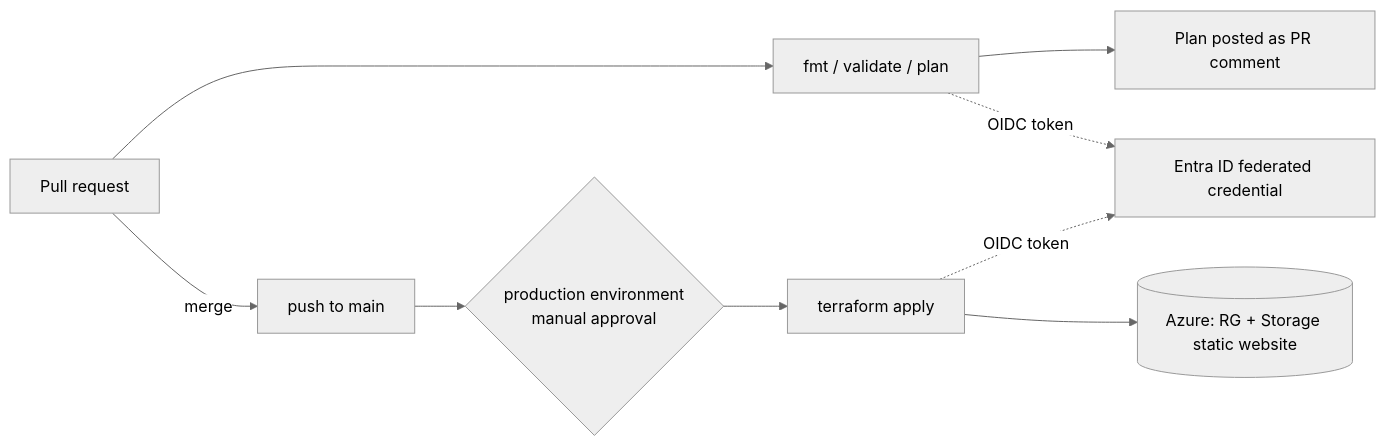
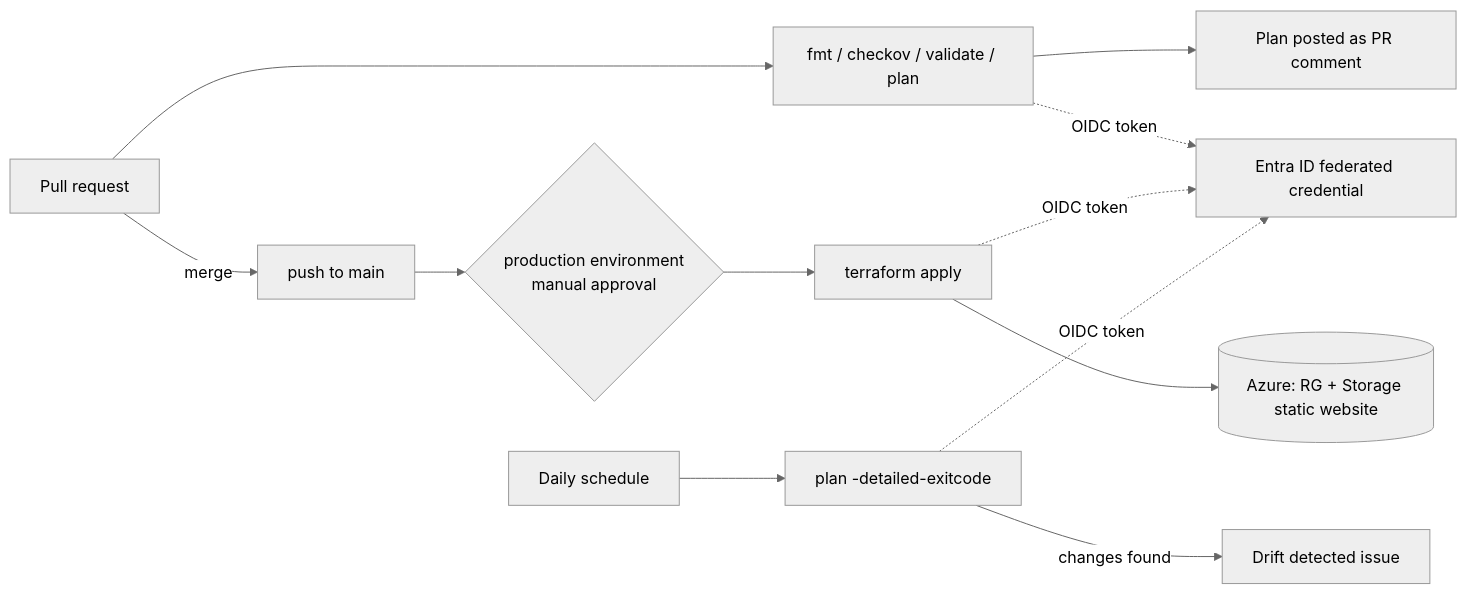
One commit to Disassemblern/terraform-azure-gha changed the diagram in README.md. Above: the diagram before and after it, drawn with Mermaid (neutral theme). The commit also changed other lines of this file, not shown here.

Commit message:
docs: live link, checkov and drift in readme

````diff
--- a/README.md
+++ b/README.md
@@ -9,11 +11,14 @@
 ```mermaid
 flowchart LR
-  PR[Pull request] --> Plan[fmt / validate / plan]
+  PR[Pull request] --> Plan[fmt / checkov / validate / plan]
   Plan --> Comment[Plan posted as PR comment]
   PR -->|merge| Main[push to main]
   Main --> Gate{production environment<br/>manual approval}
   Gate --> Apply[terraform apply]
   Apply --> Azure[(Azure: RG + Storage static website)]
+  Cron[Daily schedule] --> Drift[plan -detailed-exitcode]
+  Drift -->|changes found| Issue[Drift detected issue]
   Plan -. OIDC token .-> Entra[Entra ID federated credential]
   Apply -. OIDC token .-> Entra
+  Drift -. OIDC token .-> Entra
 ```
````
